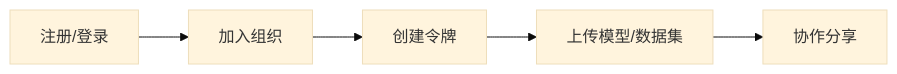
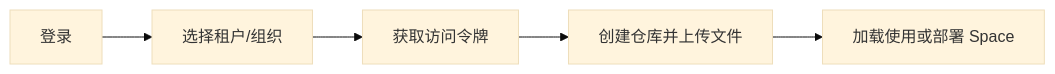
Before and after one commit to poxiaoyun/docs: the diagram in src/pages/docs/cn/30.moha/03.quickstart/index.md, drawn with Mermaid (base theme). The commit also changed other lines of this file and 463 other files, not shown here.

````diff
--- a/src/pages/docs/cn/30.moha/03.quickstart/index.md
+++ b/src/pages/docs/cn/30.moha/03.quickstart/index.md
@@ -24,7 +24,7 @@
 ```mermaid
 flowchart LR
-    A["注册/登录"] --> B["加入组织"]
-    B --> C["创建令牌"]
-    C --> D["上传模型/数据集"]
-    D --> E["协作分享"]
+    A["登录"] --> B["选择租户/组织"]
+    B --> C["获取访问令牌"]
+    C --> D["创建仓库并上传文件"]
+    D --> E["加载使用或部署 Space"]
 ```
````
